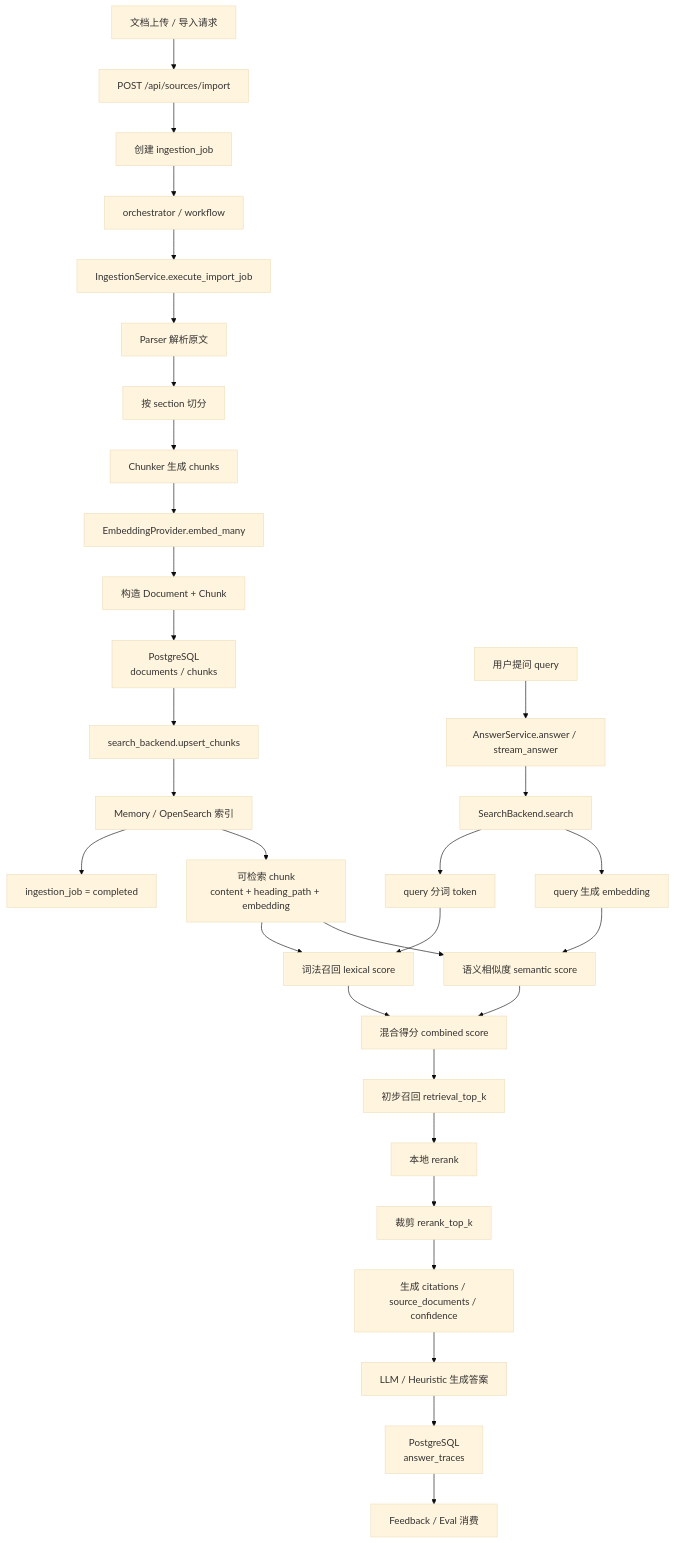
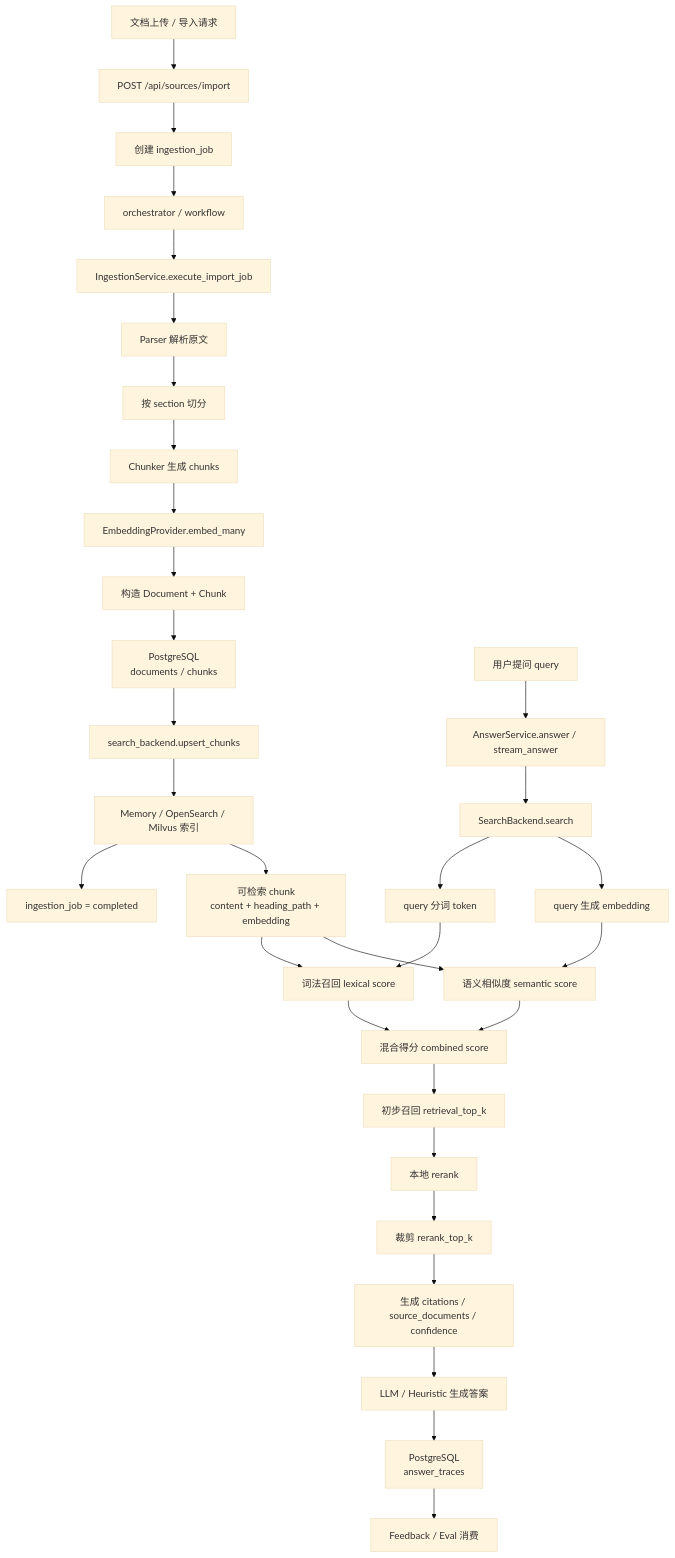
One commit to superkit01/rag changed the second of 2 diagrams in docs/09-data-flow.md. Above: the diagram before and after it, drawn with Mermaid (base theme). The commit also changed other lines of this file and 4 other files, not shown here.

````diff
--- a/docs/09-data-flow.md
+++ b/docs/09-data-flow.md
@@ -38,35 +38,35 @@
 ```mermaid
 flowchart TD
     A["文档上传 / 导入请求"] --> B["POST /api/sources/import"]
     B --> C["创建 ingestion_job"]
     C --> D["orchestrator / workflow"]
     D --> E["IngestionService.execute_import_job"]
     E --> F["Parser 解析原文"]
     F --> G["按 section 切分"]
     G --> H["Chunker 生成 chunks"]
     H --> I["EmbeddingProvider.embed_many"]
     I --> J["构造 Document + Chunk"]
     J --> K["PostgreSQL<br/>documents / chunks"]
     K --> L["search_backend.upsert_chunks"]
-    L --> M["Memory / OpenSearch 索引"]
+    L --> M["Memory / OpenSearch / Milvus 索引"]
     M --> N["ingestion_job = completed"]
 
     O["用户提问 query"] --> P["AnswerService.answer / stream_answer"]
     P --> Q["SearchBackend.search"]
     Q --> R["query 分词 token"]
     Q --> S["query 生成 embedding"]
     M --> T["可检索 chunk<br/>content + heading_path + embedding"]
     T --> U["词法召回 lexical score"]
     T --> V["语义相似度 semantic score"]
     R --> U
     S --> V
     U --> W["混合得分 combined score"]
     V --> W
     W --> X["初步召回 retrieval_top_k"]
     X --> Y["本地 rerank"]
     Y --> Z["裁剪 rerank_top_k"]
     Z --> AA["生成 citations / source_documents / confidence"]
     AA --> AB["LLM / Heuristic 生成答案"]
     AB --> AC["PostgreSQL<br/>answer_traces"]
     AC --> AD["Feedback / Eval 消费"]
 ```
````
